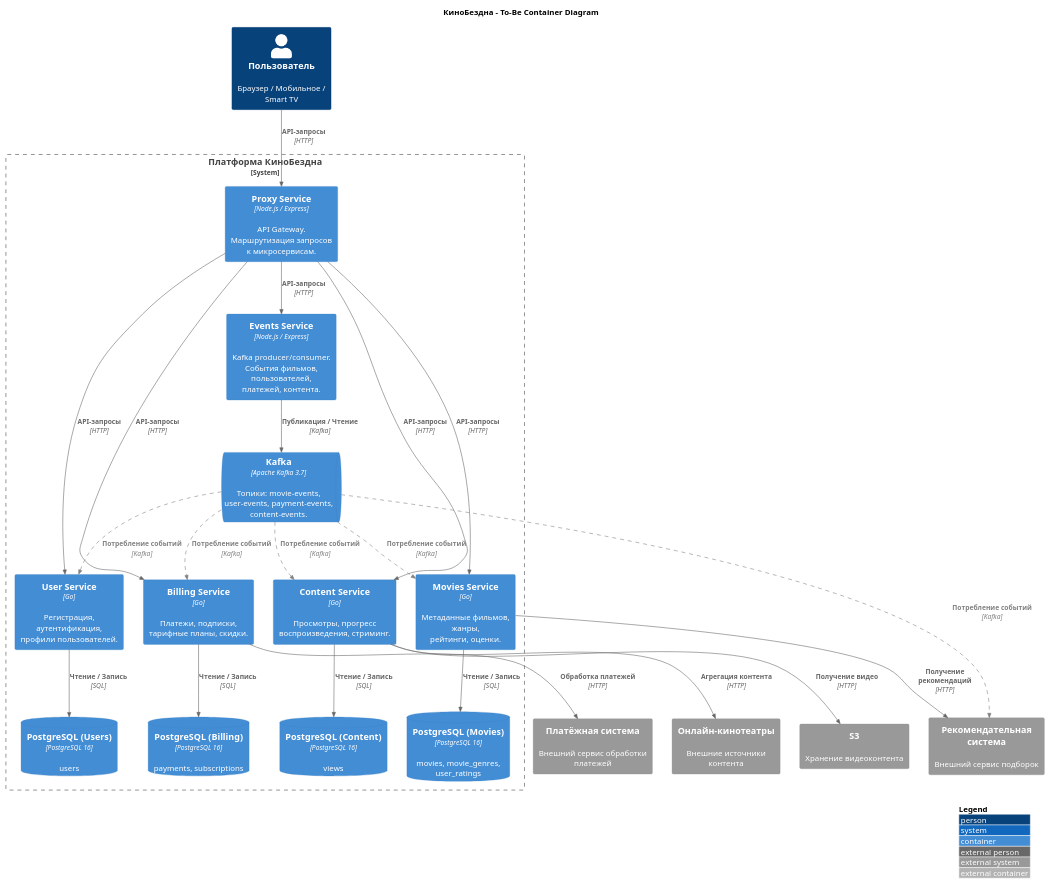
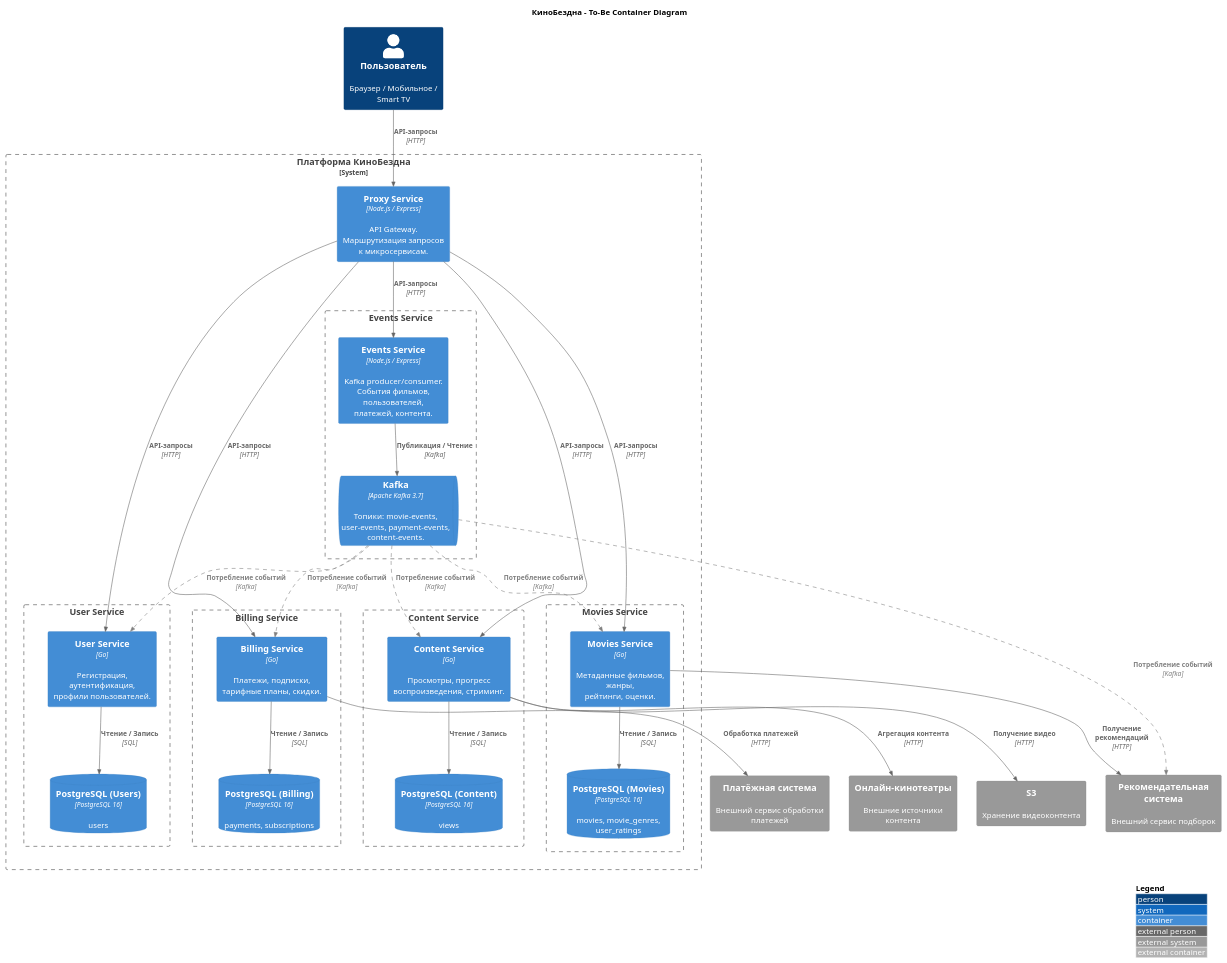
The diagram in docs/c4-container-diagram.puml (SiritosKon/architecture-cinemaabyss), drawn with PlantUML before and after one commit. The commit also changed 1 other file, not shown here.

Commit message:
fix: encapsulate each microservice with its DB in a boundary block

```diff
--- a/docs/c4-container-diagram.puml
+++ b/docs/c4-container-diagram.puml
@@ -1,62 +1,84 @@
 @startuml c4-container-diagram
 !include https://raw.githubusercontent.com/plantuml-stdlib/C4-PlantUML/master/C4_Container.puml
 
 LAYOUT_WITH_LEGEND()
 LAYOUT_TOP_DOWN()
 
 AddRelTag("future", $lineStyle = DashedLine(), $lineColor = "gray", $textColor = "gray")
 
 title КиноБездна - To-Be Container Diagram
 
 Person(user, "Пользователь", "Браузер / Мобильное / Smart TV")
 
 System_Ext(payment, "Платёжная система", "Внешний сервис обработки платежей")
 System_Ext(recsys, "Рекомендательная система", "Внешний сервис подборок")
 System_Ext(cinemas, "Онлайн-кинотеатры", "Внешние источники контента")
 System_Ext(s3, "S3", "Хранение видеоконтента")
 
 System_Boundary(platform, "Платформа КиноБездна") {
 
     Container(proxy, "Proxy Service", "Node.js / Express", "API Gateway.\nМаршрутизация запросов\nк микросервисам.")
 
-    Container(users_svc, "User Service", "Go", "Регистрация, аутентификация,\nпрофили пользователей.")
-    Container(billing, "Billing Service", "Go", "Платежи, подписки,\nтарифные планы, скидки.")
-    Container(content, "Content Service", "Go", "Просмотры, прогресс\nвоспроизведения, стриминг.")
-    Container(movies, "Movies Service", "Go", "Метаданные фильмов, жанры,\nрейтинги, оценки.")
+    Boundary(b_users, "User Service") {
+        Container(users_svc, "User Service", "Go", "Регистрация, аутентификация,\nпрофили пользователей.")
+        ContainerDb(postgres_users, "PostgreSQL (Users)", "PostgreSQL 16", "users")
+    }
 
-    Container(events, "Events Service", "Node.js / Express", "Kafka producer/consumer.\nСобытия фильмов, пользователей,\nплатежей, контента.")
-    ContainerQueue(kafka, "Kafka", "Apache Kafka 3.7", "Топики: movie-events,\nuser-events, payment-events,\ncontent-events.")
+    Boundary(b_billing, "Billing Service") {
+        Container(billing, "Billing Service", "Go", "Платежи, подписки,\nтарифные планы, скидки.")
+        ContainerDb(postgres_billing, "PostgreSQL (Billing)", "PostgreSQL 16", "payments, subscriptions")
+    }
 
-    ContainerDb(postgres_users, "PostgreSQL (Users)", "PostgreSQL 16", "users")
-    ContainerDb(postgres_billing, "PostgreSQL (Billing)", "PostgreSQL 16", "payments, subscriptions")
-    ContainerDb(postgres_content, "PostgreSQL (Content)", "PostgreSQL 16", "views")
-    ContainerDb(postgres_movies, "PostgreSQL (Movies)", "PostgreSQL 16", "movies, movie_genres,\nuser_ratings")
+    Boundary(b_content, "Content Service") {
+        Container(content, "Content Service", "Go", "Просмотры, прогресс\nвоспроизведения, стриминг.")
+        ContainerDb(postgres_content, "PostgreSQL (Content)", "PostgreSQL 16", "views")
+    }
+
+    Boundary(b_movies, "Movies Service") {
+        Container(movies, "Movies Service", "Go", "Метаданные фильмов, жанры,\nрейтинги, оценки.")
+        ContainerDb(postgres_movies, "PostgreSQL (Movies)", "PostgreSQL 16", "movies, movie_genres,\nuser_ratings")
+    }
+
+    Boundary(b_events, "Events Service") {
+        Container(events, "Events Service", "Node.js / Express", "Kafka producer/consumer.\nСобытия фильмов, пользователей,\nплатежей, контента.")
+        ContainerQueue(kafka, "Kafka", "Apache Kafka 3.7", "Топики: movie-events,\nuser-events, payment-events,\ncontent-events.")
+    }
 }
 
+' Порядок блоков
+Lay_R(b_users, b_billing)
+Lay_R(b_billing, b_content)
+Lay_R(b_content, b_movies)
+Lay_R(b_movies, b_events)
+
+' Пользователь → Proxy
 Rel_D(user, proxy, "API-запросы", "HTTP")
 
+' Proxy → сервисы
 Rel_D(proxy, users_svc, "API-запросы", "HTTP")
 Rel_D(proxy, billing, "API-запросы", "HTTP")
 Rel_D(proxy, content, "API-запросы", "HTTP")
 Rel_D(proxy, movies, "API-запросы", "HTTP")
 Rel_D(proxy, events, "API-запросы", "HTTP")
 
+' Сервисы → БД (внутри блоков)
 Rel_D(users_svc, postgres_users, "Чтение / Запись", "SQL")
 Rel_D(billing, postgres_billing, "Чтение / Запись", "SQL")
 Rel_D(content, postgres_content, "Чтение / Запись", "SQL")
 Rel_D(movies, postgres_movies, "Чтение / Запись", "SQL")
-
 Rel_D(events, kafka, "Публикация / Чтение", "Kafka")
 
+' Внешние системы
 Rel(billing, payment, "Обработка платежей", "HTTP")
 Rel(movies, recsys, "Получение рекомендаций", "HTTP")
 Rel(content, cinemas, "Агрегация контента", "HTTP")
 Rel(content, s3, "Получение видео", "HTTP")
 
+' Kafka → потребители (целевое)
 Rel(kafka, users_svc, "Потребление событий", "Kafka", $tags="future")
 Rel(kafka, billing, "Потребление событий", "Kafka", $tags="future")
 Rel(kafka, content, "Потребление событий", "Kafka", $tags="future")
 Rel(kafka, movies, "Потребление событий", "Kafka", $tags="future")
 Rel(kafka, recsys, "Потребление событий", "Kafka", $tags="future")
 
 @enduml
```
